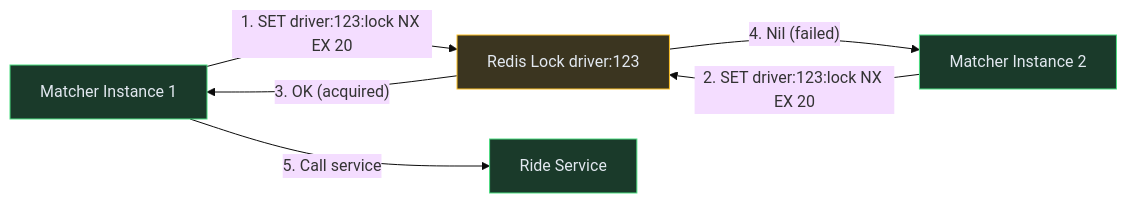
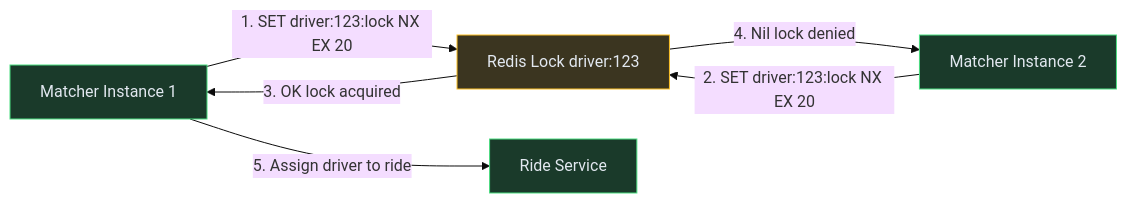
Before and after one commit to iluzn/HLD-Designs: the ninth of 11 diagrams in content/hld/Uber.md, drawn with Mermaid (base theme). The commit also changed other lines of this file and 27 other files, not shown here.

````diff
--- a/content/hld/Uber.md
+++ b/content/hld/Uber.md
@@ -482,16 +482,16 @@
 ```mermaid
 flowchart LR
     MS1["Matcher Instance 1"]:::service
     MS2["Matcher Instance 2"]:::service
     LOCK["Redis Lock driver:123"]:::data
     RS["Ride Service"]:::service
 
     MS1 -->|"1. SET driver:123:lock NX EX 20"| LOCK
     MS2 -->|"2. SET driver:123:lock NX EX 20"| LOCK
-    LOCK -->|"3. OK (acquired)"| MS1
-    LOCK -->|"4. Nil (failed)"| MS2
-    MS1 -->|"5. Call service"| RS
+    LOCK -->|"3. OK lock acquired"| MS1
+    LOCK -->|"4. Nil lock denied"| MS2
+    MS1 -->|"5. Assign driver to ride"| RS
 
     classDef service fill:#1a3a2a,stroke:#4ade80,color:#e2e8f0
     classDef data fill:#3b3520,stroke:#fbbf24,color:#e2e8f0
 ```
````
